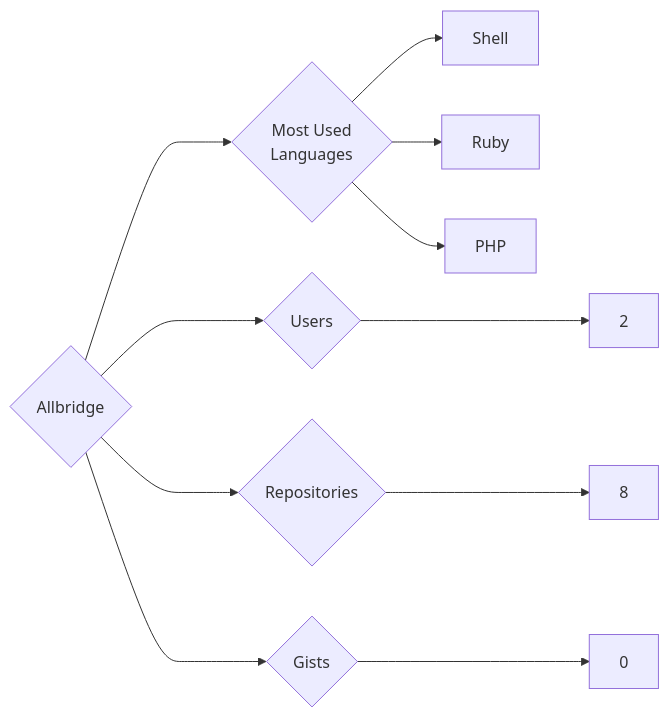
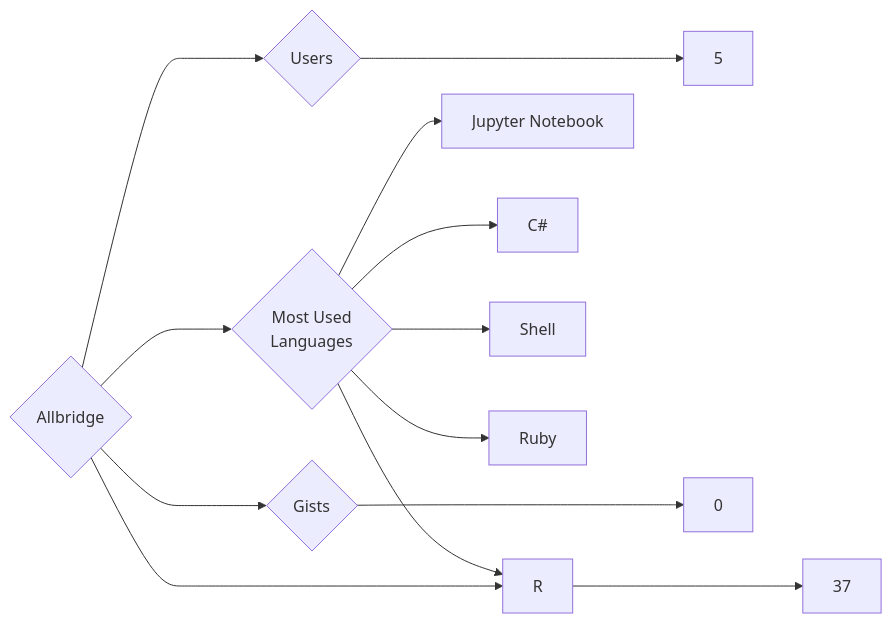
Before and after one commit to trickest/insiders: the diagram in targets/Allbridge/README.md, drawn with Mermaid. The commit also changed 1149 other files, not shown here.

````diff
--- a/targets/Allbridge/README.md
+++ b/targets/Allbridge/README.md
@@ -3,11 +3,13 @@
 ```mermaid
 graph LR
 COMPANY_NAME{Allbridge}
-COMPANY_NAME ---> U{Users} ---> UN[2]
-COMPANY_NAME ---> R{Repositories} ---> RN[8]
+COMPANY_NAME ---> U{Users} ---> UN[5]
+COMPANY_NAME ---> R{Repositories} ---> RN[37]
 COMPANY_NAME ---> G{Gists} ---> GN[0]
 COMPANY_NAME ---> ML{Most Used<br>Languages}
+ML --> Jupyter_Notebook[Jupyter Notebook]
+ML --> C#[C#]
 ML --> Shell[Shell]
 ML --> Ruby[Ruby]
-ML --> PHP[PHP]
+ML --> R[R]
 ```
````
